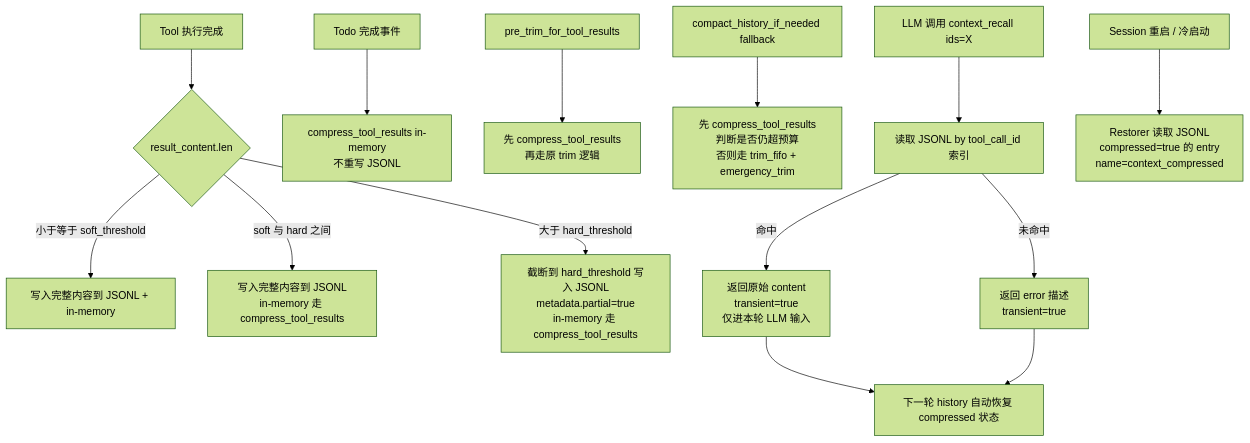
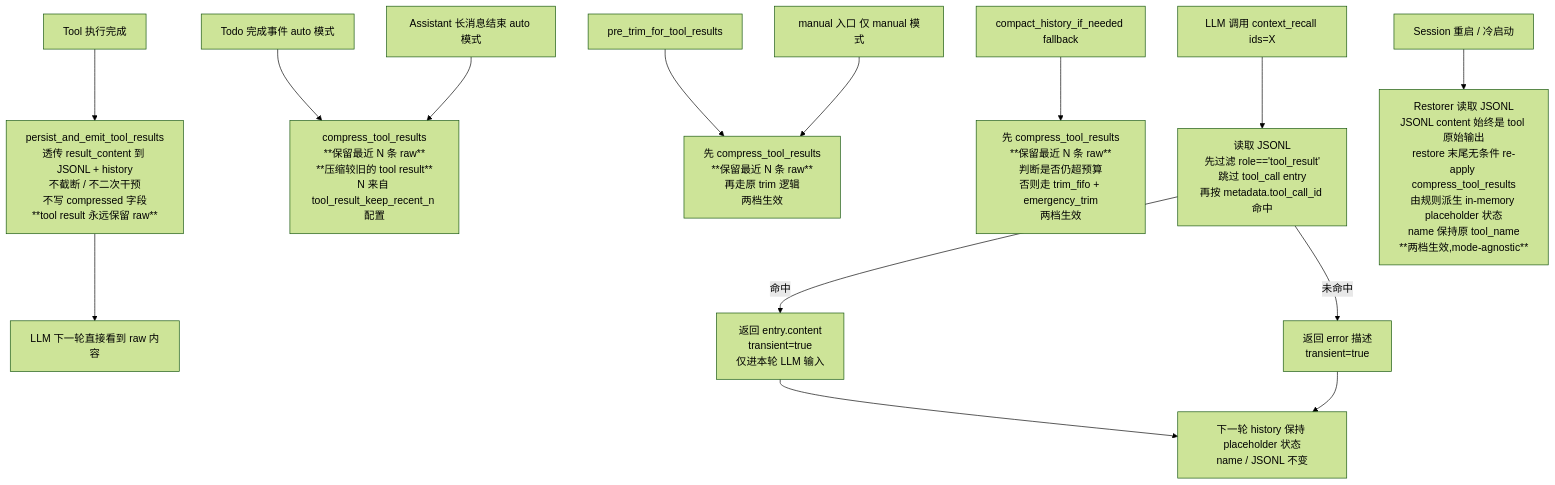
Before and after one commit to tranxon/ACowork: the diagram in docs/adr/zh/ADR-032-context-recall.md, drawn with Mermaid (forest theme). The commit also changed other lines of this file, not shown here.

````diff
--- a/docs/adr/zh/ADR-032-context-recall.md
+++ b/docs/adr/zh/ADR-032-context-recall.md
@@ -263,19 +740,19 @@
 ```mermaid
 graph TD
-    A[Tool 执行完成] --> B{result_content.len}
-    B -- 小于等于 soft_threshold --> C[写入完整内容到 JSONL + in-memory]
-    B -- soft 与 hard 之间 --> D[写入完整内容到 JSONL<br/>in-memory 走 compress_tool_results]
-    B -- 大于 hard_threshold --> E[截断到 hard_threshold 写入 JSONL<br/>metadata.partial=true<br/>in-memory 走 compress_tool_results]
+    A[Tool 执行完成] --> B[persist_and_emit_tool_results<br/>透传 result_content 到 JSONL + history<br/>不截断 / 不二次干预<br/>不写 compressed 字段<br/>**tool result 永远保留 raw**]
+    B --> Z[LLM 下一轮直接看到 raw 内容]
 
-    F[Todo 完成事件] --> G[compress_tool_results in-memory<br/>不重写 JSONL]
-    H[pre_trim_for_tool_results] --> I[先 compress_tool_results<br/>再走原 trim 逻辑]
-    J[compact_history_if_needed fallback] --> K[先 compress_tool_results<br/>判断是否仍超预算<br/>否则走 trim_fifo + emergency_trim]
+    F[Todo 完成事件 auto 模式] --> G[compress_tool_results<br/>**保留最近 N 条 raw**<br/>**压缩较旧的 tool result**<br/>N 来自 tool_result_keep_recent_n 配置]
+    FF[Assistant 长消息结束 auto 模式] --> G
+    H[pre_trim_for_tool_results] --> I[先 compress_tool_results<br/>**保留最近 N 条 raw**<br/>再走原 trim 逻辑<br/>两档生效]
+    J[compact_history_if_needed fallback] --> K[先 compress_tool_results<br/>**保留最近 N 条 raw**<br/>判断是否仍超预算<br/>否则走 trim_fifo + emergency_trim<br/>两档生效]
+    MM[manual 入口 仅 manual 模式] --> I
 
-    L[LLM 调用 context_recall ids=X] --> M[读取 JSONL by tool_call_id 索引]
-    M -- 命中 --> N[返回原始 content<br/>transient=true<br/>仅进本轮 LLM 输入]
+    L[LLM 调用 context_recall ids=X] --> M[读取 JSONL<br/>先过滤 role=='tool_result'<br/>跳过 tool_call entry<br/>再按 metadata.tool_call_id 命中]
+    M -- 命中 --> N[返回 entry.content<br/>transient=true<br/>仅进本轮 LLM 输入]
     M -- 未命中 --> O[返回 error 描述<br/>transient=true]
-    N --> P[下一轮 history 自动恢复 compressed 状态]
+    N --> P[下一轮 history 保持 placeholder 状态<br/>name / JSONL 不变]
     O --> P
 
-    Q[Session 重启 / 冷启动] --> R[Restorer 读取 JSONL<br/>compressed=true 的 entry<br/>name=context_compressed]
+    Q[Session 重启 / 冷启动] --> R[Restorer 读取 JSONL<br/>JSONL content 始终是 tool 原始输出<br/>restore 末尾无条件 re-apply compress_tool_results<br/>由规则派生 in-memory placeholder 状态<br/>name 保持原 tool_name<br/>**两档生效,mode-agnostic**]
 ```
````
